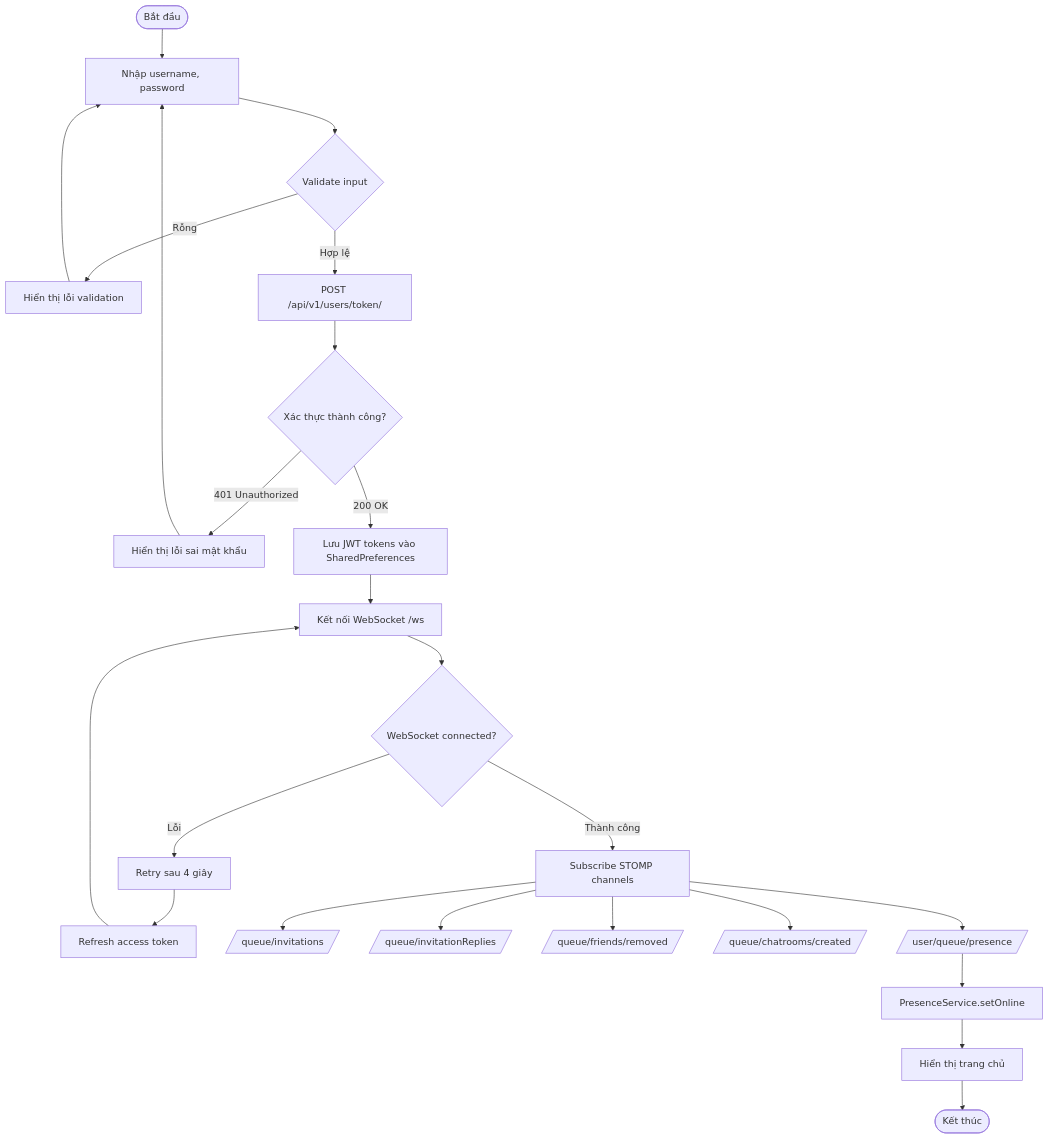
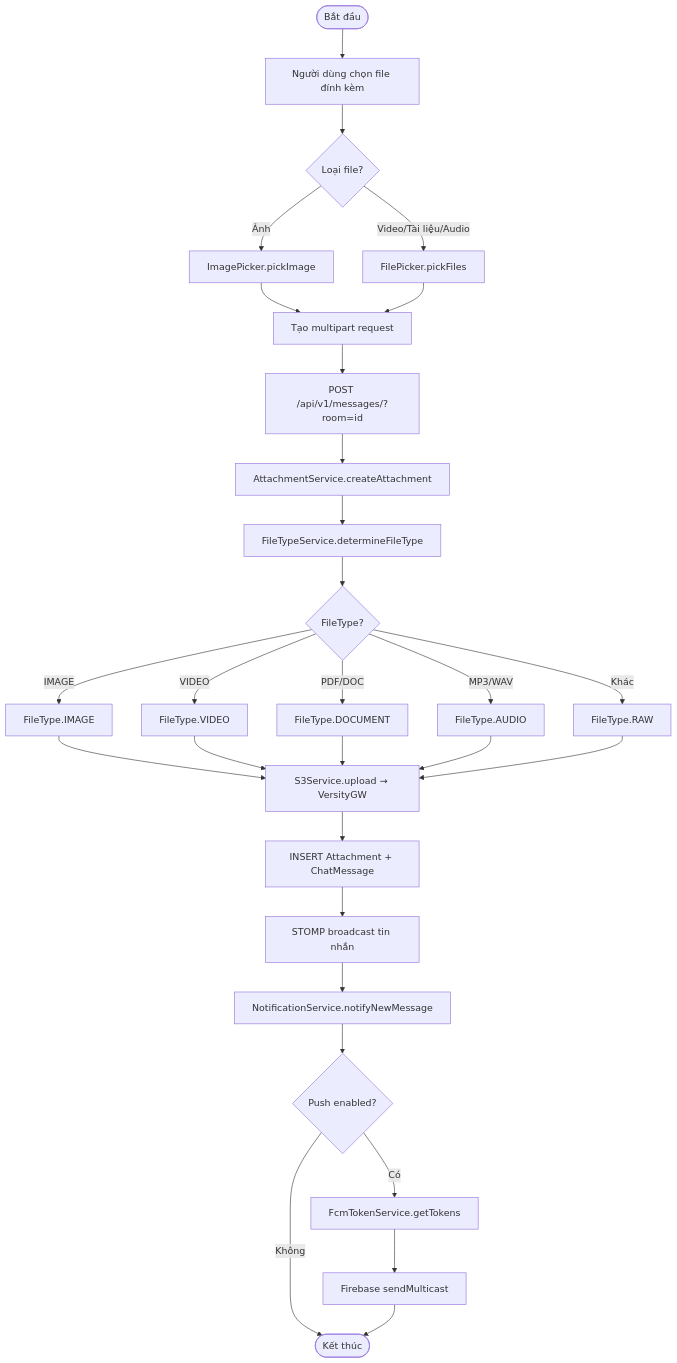
Before and after one commit to HiepNguyen284/chatapp: the tenth of 11 diagrams in bao_cao_thanh_vien_1.md, drawn with Mermaid. The commit also changed other lines of this file and 4473 other files, not shown here.

````diff
--- a/bao_cao_thanh_vien_1.md
+++ b/bao_cao_thanh_vien_1.md
@@ -1090,26 +1062,31 @@
 ```mermaid
 flowchart TD
-    A([Bắt đầu]) --> B[Nhập username, password]
-    B --> C{Validate input}
-    C -->|Rỗng| D[Hiển thị lỗi validation]
-    D --> B
-    C -->|Hợp lệ| E[POST /api/v1/users/token/]
-    E --> F{Xác thực thành công?}
-    F -->|401 Unauthorized| G[Hiển thị lỗi sai mật khẩu]
-    G --> B
-    F -->|200 OK| H[Lưu JWT tokens vào SharedPreferences]
-    H --> I[Kết nối WebSocket /ws]
-    I --> J{WebSocket connected?}
-    J -->|Lỗi| K[Retry sau 4 giây]
-    K --> L[Refresh access token]
-    L --> I
-    J -->|Thành công| M[Subscribe STOMP channels]
-    M --> N[/queue/invitations/]
-    M --> O[/queue/invitationReplies/]
-    M --> P[/queue/friends/removed/]
-    M --> Q[/queue/chatrooms/created/]
-    M --> R[/user/queue/presence/]
-    R --> S[PresenceService.setOnline]
-    S --> T[Hiển thị trang chủ]
-    T --> U([Kết thúc])
+    A([Bắt đầu]) --> B[Người dùng chọn file đính kèm]
+    B --> C{Loại file?}
+    C -->|Ảnh| D[ImagePicker.pickImage]
+    C -->|Video/Tài liệu/Audio| E[FilePicker.pickFiles]
+    D --> F[Tạo multipart request]
+    E --> F
+    F --> G[POST /api/v1/messages/?room=id]
+    G --> H[AttachmentService.createAttachment]
+    H --> I[FileTypeService.determineFileType]
+    I --> J{FileType?}
+    J -->|IMAGE| K[FileType.IMAGE]
+    J -->|VIDEO| L[FileType.VIDEO]
+    J -->|PDF/DOC| M[FileType.DOCUMENT]
+    J -->|MP3/WAV| N[FileType.AUDIO]
+    J -->|Khác| O[FileType.RAW]
+    K --> P[S3Service.upload → VersityGW]
+    L --> P
+    M --> P
+    N --> P
+    O --> P
+    P --> Q[INSERT Attachment + ChatMessage]
+    Q --> R[STOMP broadcast tin nhắn]
+    R --> S[NotificationService.notifyNewMessage]
+    S --> T{Push enabled?}
+    T -->|Không| U([Kết thúc])
+    T -->|Có| V[FcmTokenService.getTokens]
+    V --> W[Firebase sendMulticast]
+    W --> U
 ```
````
